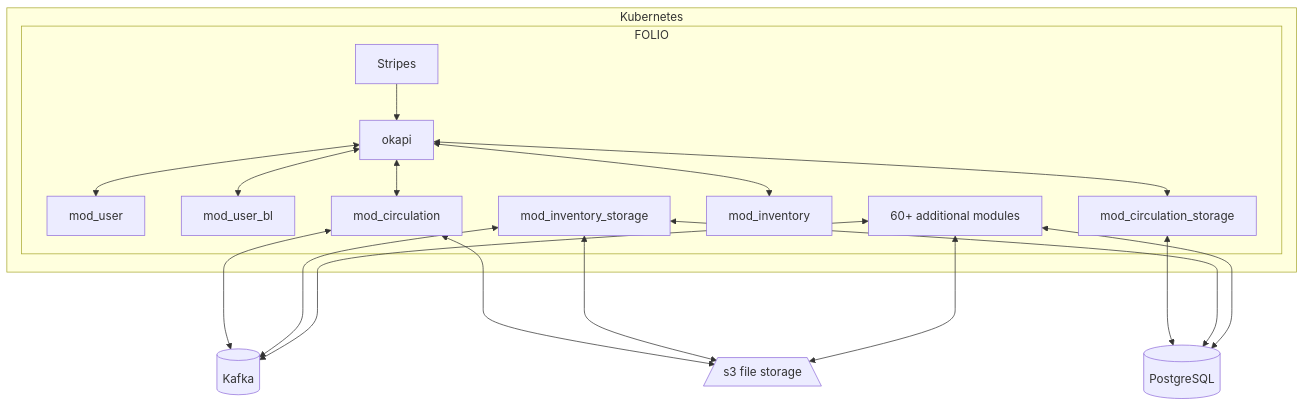
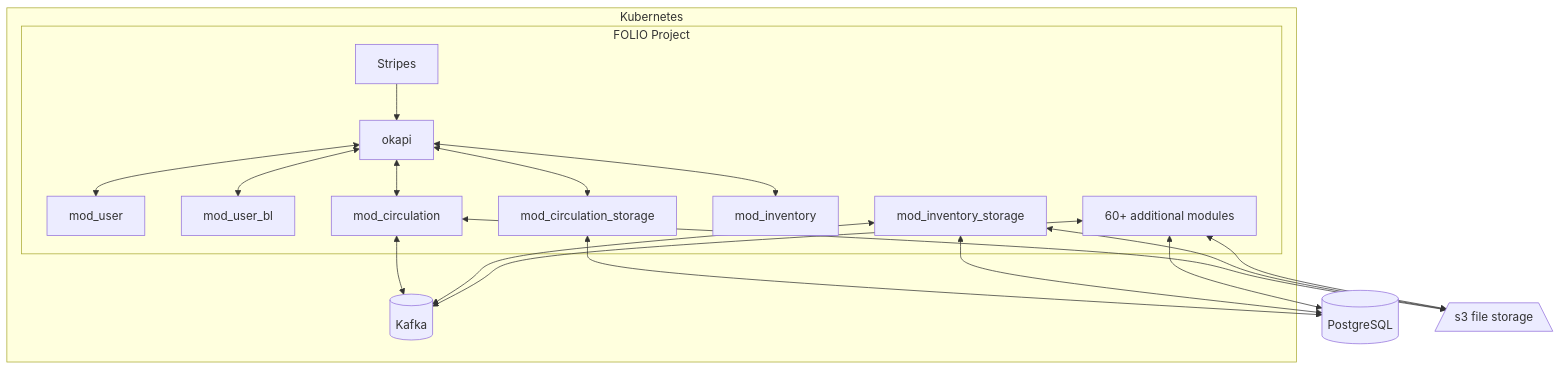
The second of 2 diagrams in docs/admin/architecture.md (culibraries/folio), drawn with Mermaid before and after one commit. The commit also changed 1 other file, not shown here.

Commit message:
Improvements to timeline and architecture docs.

````diff
--- a/docs/admin/architecture.md
+++ b/docs/admin/architecture.md
@@ -48,22 +48,21 @@
 ```{mermaid}
 flowchart TB
-  direction TB
   subgraph Kubernetes
-    subgraph FOLIO
+    subgraph FOLIO Project
       Stripes -->okapi <--> m1 & m2 & m3 & m4 & m5
       m1[mod_user]
       m2[mod_user_bl]
       m3[mod_circulation]
       m4[mod_circulation_storage]
       m5[mod_inventory]
       m6[mod_inventory_storage]
       m70[60+ additional modules]
     end
+    kafka[(Kafka)]
   end
-  kafka[(Kafka)]
   db[(PostgreSQL)]
   s3[/s3 file storage\]
-  m4 & m6 & m70<--->db
-  m3 & m6 & m70<--->kafka
-  m3 & m6 & m70<--->s3
+  m4 & m6 & m70<-->db
+  m3 & m6 & m70<-->kafka
+  m3 & m6 & m70<-->s3
 ```
````
